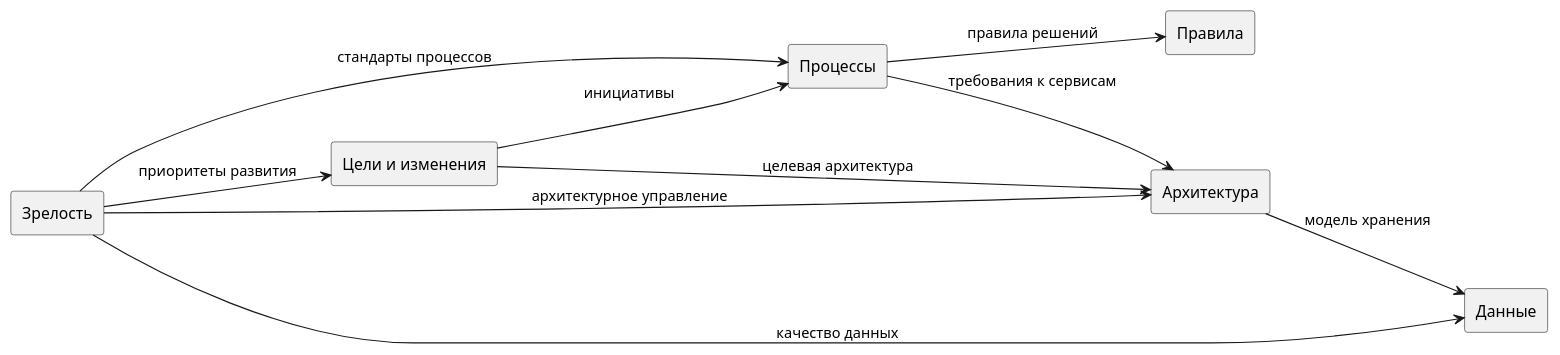
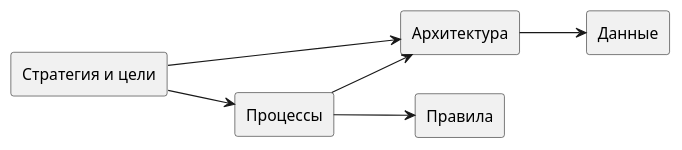
The diagram in docs/notations/index.md (iwizy/analyst_kb), drawn with PlantUML before and after one commit. The commit also changed other lines of this file and 10 other files, not shown here.

````diff
--- a/docs/notations/index.md
+++ b/docs/notations/index.md
@@ -39,21 +51,16 @@
 ```kroki-plantuml
 @startuml
 left to right direction
-rectangle "Цели и изменения" as G
+rectangle "Стратегия и цели" as G
 rectangle "Процессы" as P
 rectangle "Архитектура" as A
 rectangle "Данные" as D
 rectangle "Правила" as R
-rectangle "Зрелость" as M
 
-G --> P : инициативы
-G --> A : целевая архитектура
-P --> A : требования к сервисам
-A --> D : модель хранения
-P --> R : правила решений
-M --> G : приоритеты развития
-M --> P : стандарты процессов
-M --> A : архитектурное управление
-M --> D : качество данных
+G --> P
+G --> A
+P --> A
+A --> D
+P --> R
 @enduml
 ```
````
